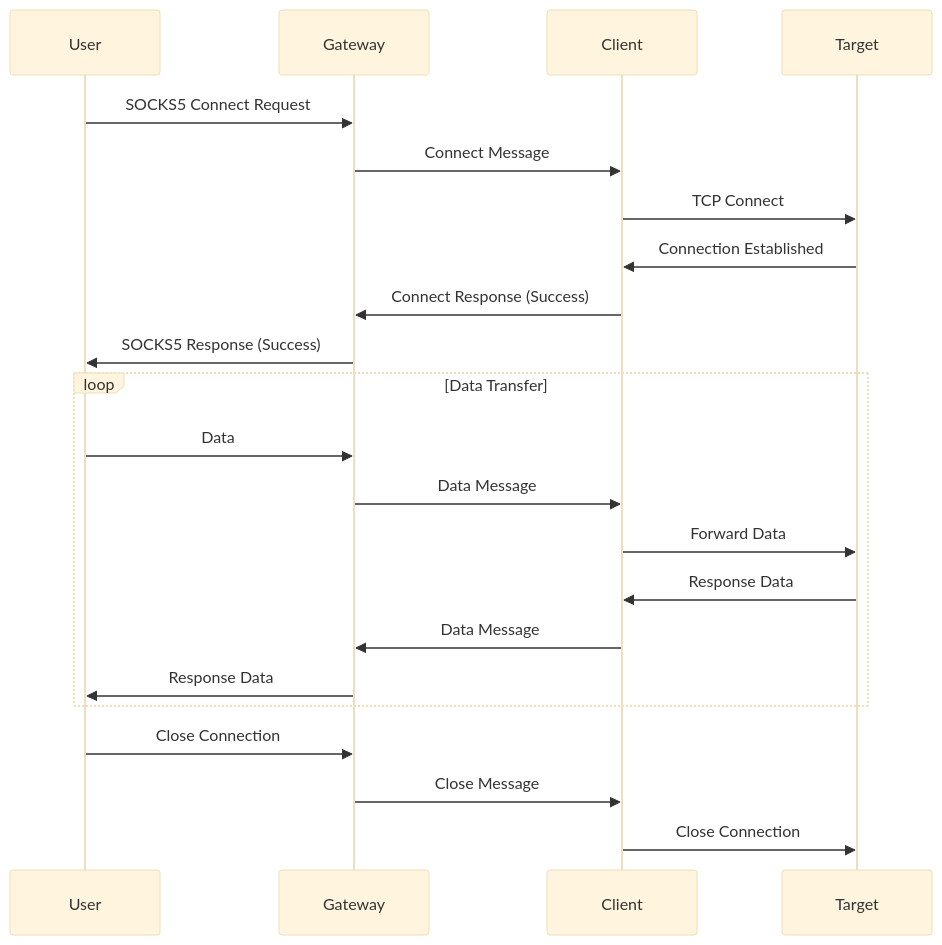
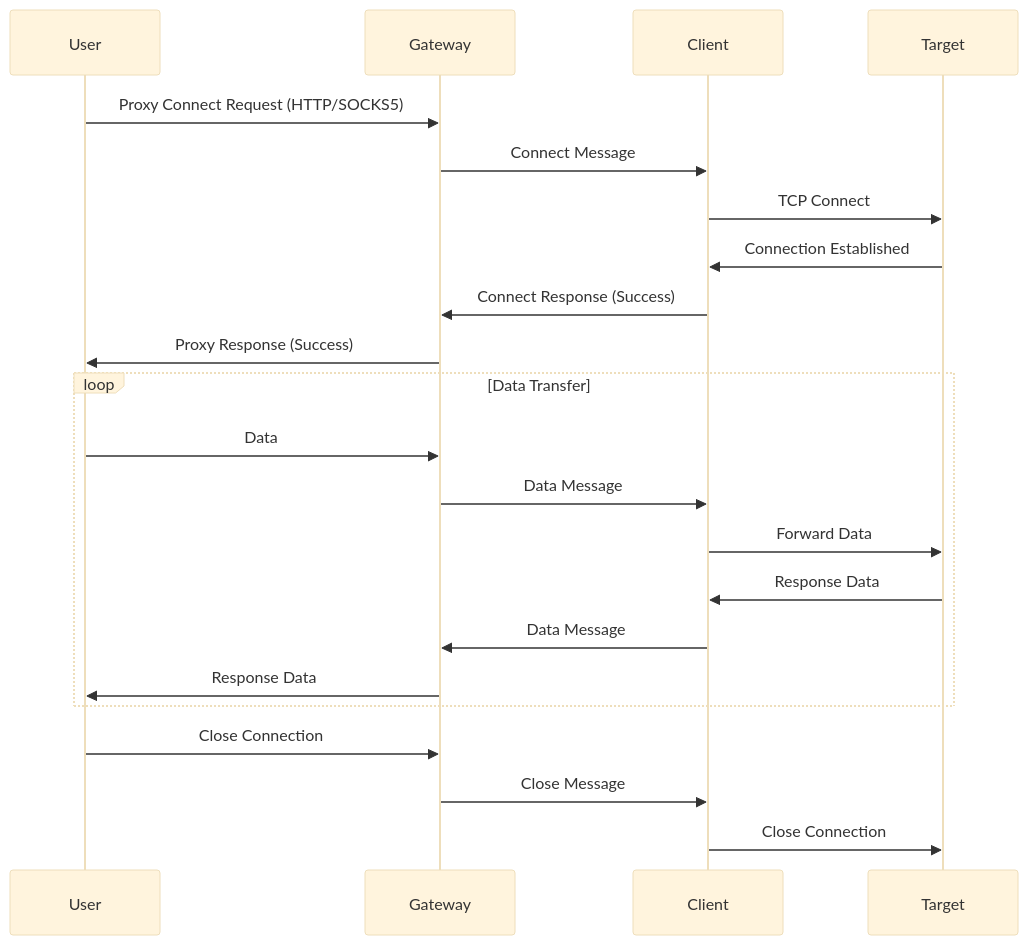
Before and after one commit to exp1orer/anyproxy: the second of 2 diagrams in docs/API.md, drawn with Mermaid (base theme). The commit also changed other lines of this file and 32 other files, not shown here.

````diff
--- a/docs/API.md
+++ b/docs/API.md
@@ -223,27 +223,27 @@
 ```mermaid
 sequenceDiagram
     participant U as User
     participant G as Gateway
     participant C as Client
     participant T as Target
     
-    U->>G: SOCKS5 Connect Request
+    U->>G: Proxy Connect Request (HTTP/SOCKS5)
     G->>C: Connect Message
     C->>T: TCP Connect
     T->>C: Connection Established
     C->>G: Connect Response (Success)
-    G->>U: SOCKS5 Response (Success)
+    G->>U: Proxy Response (Success)
     
     loop Data Transfer
         U->>G: Data
         G->>C: Data Message
         C->>T: Forward Data
         T->>C: Response Data
         C->>G: Data Message
         G->>U: Response Data
     end
     
     U->>G: Close Connection
     G->>C: Close Message
     C->>T: Close Connection
 ```
````
